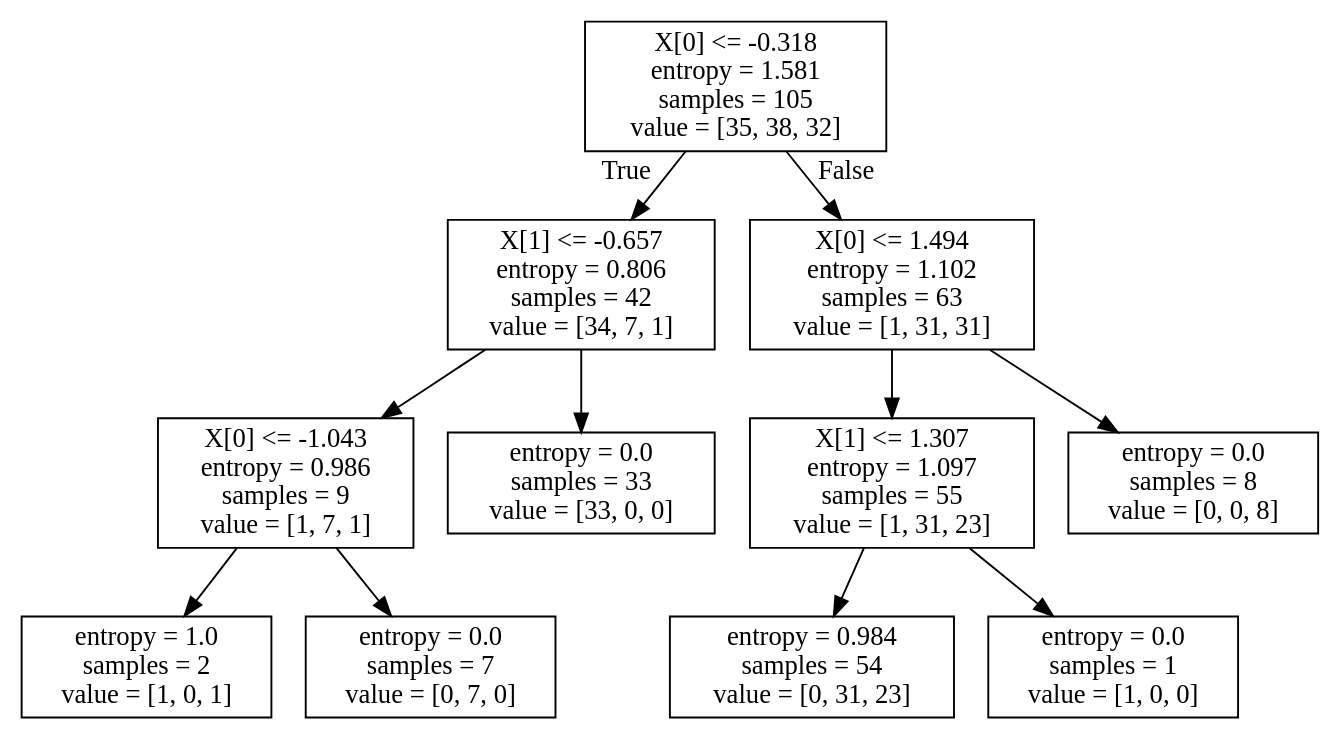
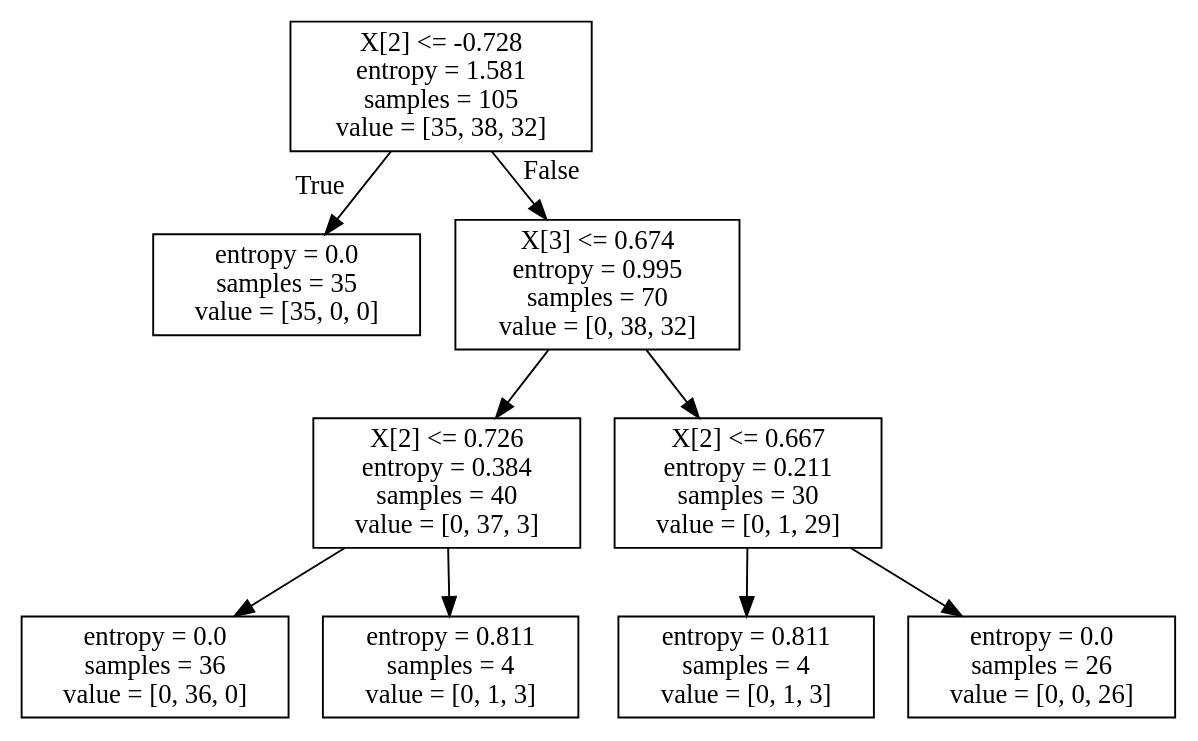
One commit to Knowledge-Precipitation-Tribe/Decision-tree-and-Random-forest changed the diagram in code/irisClassification/iris_tree.dot. Above: the diagram before and after it, drawn with Graphviz. The commit also changed 4 other files, not shown here.

```diff
--- a/code/irisClassification/iris_tree.dot
+++ b/code/irisClassification/iris_tree.dot
@@ -1,24 +1,20 @@
 digraph Tree {
 node [shape=box] ;
-0 [label="X[0] <= -0.318\nentropy = 1.581\nsamples = 105\nvalue = [35, 38, 32]"] ;
-1 [label="X[1] <= -0.657\nentropy = 0.806\nsamples = 42\nvalue = [34, 7, 1]"] ;
+0 [label="X[2] <= -0.728\nentropy = 1.581\nsamples = 105\nvalue = [35, 38, 32]"] ;
+1 [label="entropy = 0.0\nsamples = 35\nvalue = [35, 0, 0]"] ;
 0 -> 1 [labeldistance=2.5, labelangle=45, headlabel="True"] ;
-2 [label="X[0] <= -1.043\nentropy = 0.986\nsamples = 9\nvalue = [1, 7, 1]"] ;
-1 -> 2 ;
-3 [label="entropy = 1.0\nsamples = 2\nvalue = [1, 0, 1]"] ;
+2 [label="X[3] <= 0.674\nentropy = 0.995\nsamples = 70\nvalue = [0, 38, 32]"] ;
+0 -> 2 [labeldistance=2.5, labelangle=-45, headlabel="False"] ;
+3 [label="X[2] <= 0.726\nentropy = 0.384\nsamples = 40\nvalue = [0, 37, 3]"] ;
 2 -> 3 ;
-4 [label="entropy = 0.0\nsamples = 7\nvalue = [0, 7, 0]"] ;
-2 -> 4 ;
-5 [label="entropy = 0.0\nsamples = 33\nvalue = [33, 0, 0]"] ;
-1 -> 5 ;
-6 [label="X[0] <= 1.494\nentropy = 1.102\nsamples = 63\nvalue = [1, 31, 31]"] ;
-0 -> 6 [labeldistance=2.5, labelangle=-45, headlabel="False"] ;
-7 [label="X[1] <= 1.307\nentropy = 1.097\nsamples = 55\nvalue = [1, 31, 23]"] ;
+4 [label="entropy = 0.0\nsamples = 36\nvalue = [0, 36, 0]"] ;
+3 -> 4 ;
+5 [label="entropy = 0.811\nsamples = 4\nvalue = [0, 1, 3]"] ;
+3 -> 5 ;
+6 [label="X[2] <= 0.667\nentropy = 0.211\nsamples = 30\nvalue = [0, 1, 29]"] ;
+2 -> 6 ;
+7 [label="entropy = 0.811\nsamples = 4\nvalue = [0, 1, 3]"] ;
 6 -> 7 ;
-8 [label="entropy = 0.984\nsamples = 54\nvalue = [0, 31, 23]"] ;
-7 -> 8 ;
-9 [label="entropy = 0.0\nsamples = 1\nvalue = [1, 0, 0]"] ;
-7 -> 9 ;
-10 [label="entropy = 0.0\nsamples = 8\nvalue = [0, 0, 8]"] ;
-6 -> 10 ;
+8 [label="entropy = 0.0\nsamples = 26\nvalue = [0, 0, 26]"] ;
+6 -> 8 ;
 }
```
